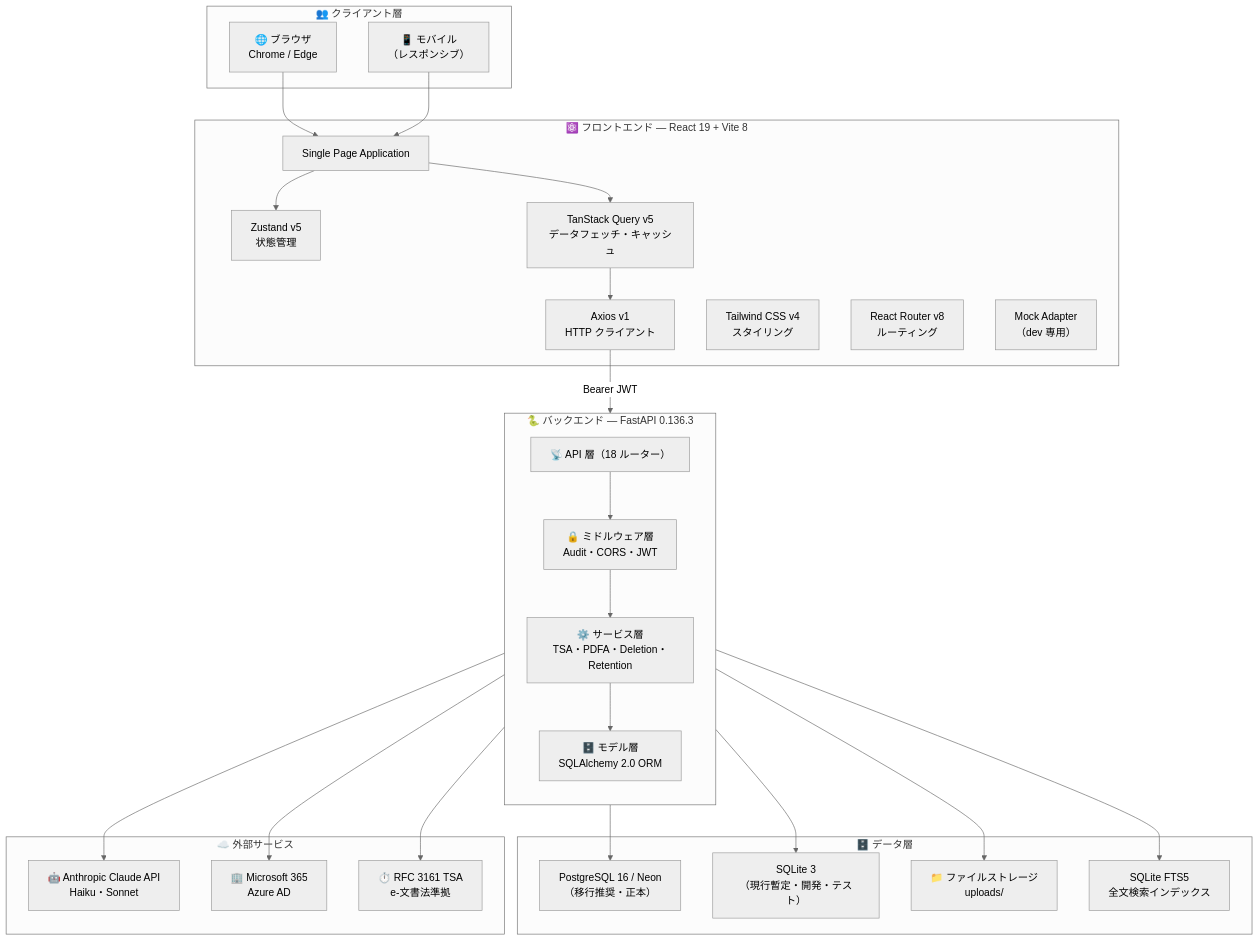
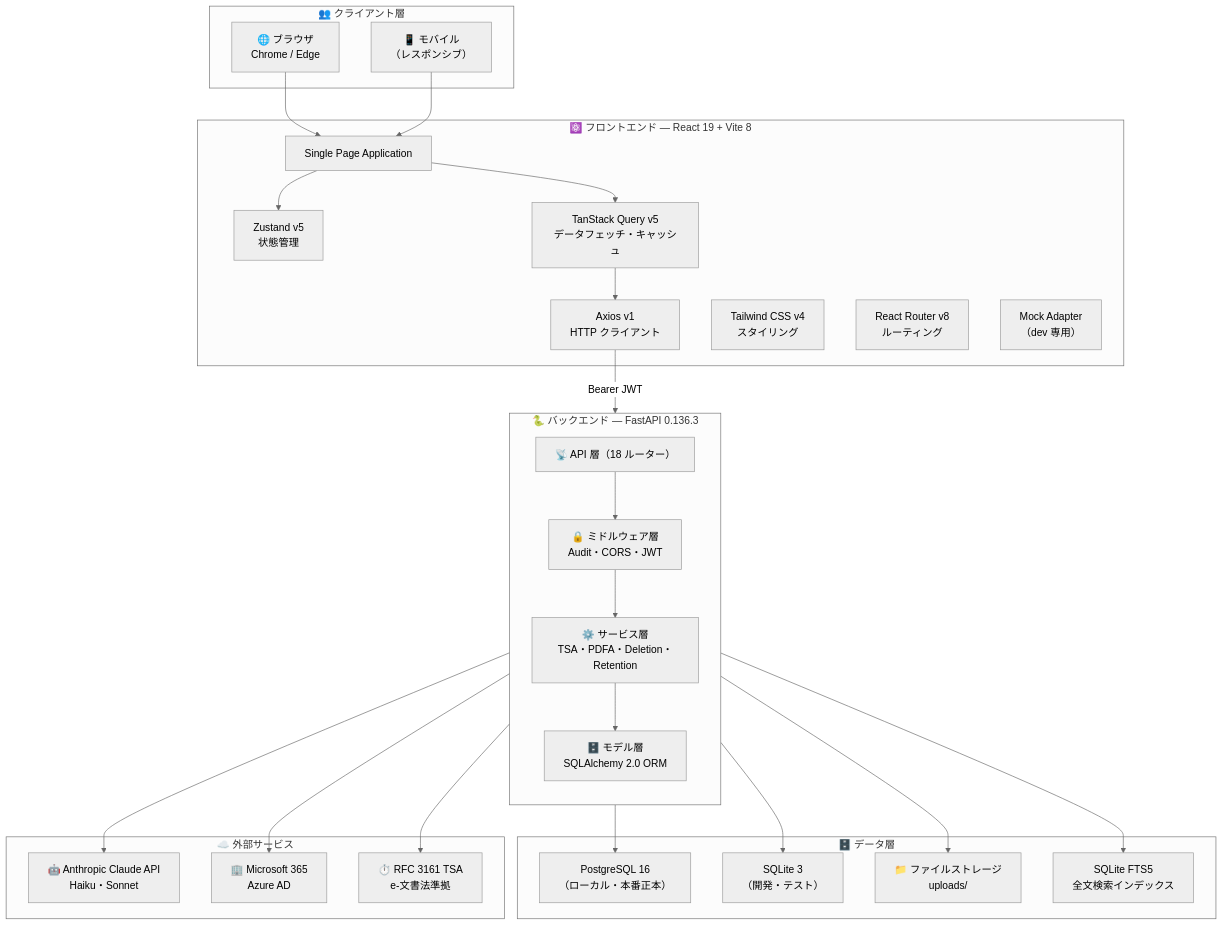
One commit to Kensan196948G/CivilPDF-DX changed the first of 11 diagrams in docs/tech-stack.md. Above: the diagram before and after it, drawn with Mermaid (neutral theme). The commit also changed other lines of this file and 84 other files, not shown here.

````diff
--- a/docs/tech-stack.md
+++ b/docs/tech-stack.md
@@ -28,55 +28,55 @@
 ```mermaid
 graph TB
     subgraph CLIENTS["👥 クライアント層"]
         BROWSER["🌐 ブラウザ\nChrome / Edge"]
         MOBILE["📱 モバイル\n（レスポンシブ）"]
     end
 
     subgraph FRONTEND["⚛️ フロントエンド — React 19 + Vite 8"]
         SPA["Single Page Application"]
         ZUSTAND["Zustand v5\n状態管理"]
         TANSTACK["TanStack Query v5\nデータフェッチ・キャッシュ"]
         AXIOS["Axios v1\nHTTP クライアント"]
         TAILWIND["Tailwind CSS v4\nスタイリング"]
         ROUTER["React Router v8\nルーティング"]
         MOCK["Mock Adapter\n（dev 専用）"]
     end
 
     subgraph BACKEND["🐍 バックエンド — FastAPI 0.136.3"]
         direction TB
         API_LAYER["📡 API 層（18 ルーター）"]
         MW_LAYER["🔒 ミドルウェア層\nAudit・CORS・JWT"]
         SVC_LAYER["⚙️ サービス層\nTSA・PDFA・Deletion・Retention"]
         MODEL_LAYER["🗄️ モデル層\nSQLAlchemy 2.0 ORM"]
     end
 
     subgraph DATA["🗄️ データ層"]
-        POSTGRES["PostgreSQL 16 / Neon\n（移行推奨・正本）"]
-        SQLITE["SQLite 3\n（現行暫定・開発・テスト）"]
+        POSTGRES["PostgreSQL 16\n（ローカル・本番正本）"]
+        SQLITE["SQLite 3\n（開発・テスト）"]
         FILES["📁 ファイルストレージ\nuploads/"]
         FTS["SQLite FTS5\n全文検索インデックス"]
     end
 
     subgraph EXTERNAL["☁️ 外部サービス"]
         CLAUDE_API["🤖 Anthropic Claude API\nHaiku・Sonnet"]
         M365["🏢 Microsoft 365\nAzure AD"]
         TSA_SRV["⏱️ RFC 3161 TSA\ne-文書法準拠"]
     end
 
     BROWSER --> SPA
     MOBILE --> SPA
     SPA --> ZUSTAND
     SPA --> TANSTACK
     TANSTACK --> AXIOS
     AXIOS -->|"Bearer JWT"| API_LAYER
     API_LAYER --> MW_LAYER
     MW_LAYER --> SVC_LAYER
     SVC_LAYER --> MODEL_LAYER
     MODEL_LAYER --> POSTGRES
     MODEL_LAYER --> SQLITE
     API_LAYER --> FILES
     API_LAYER --> FTS
     SVC_LAYER --> CLAUDE_API
     MW_LAYER --> M365
     SVC_LAYER --> TSA_SRV
 ```
````
